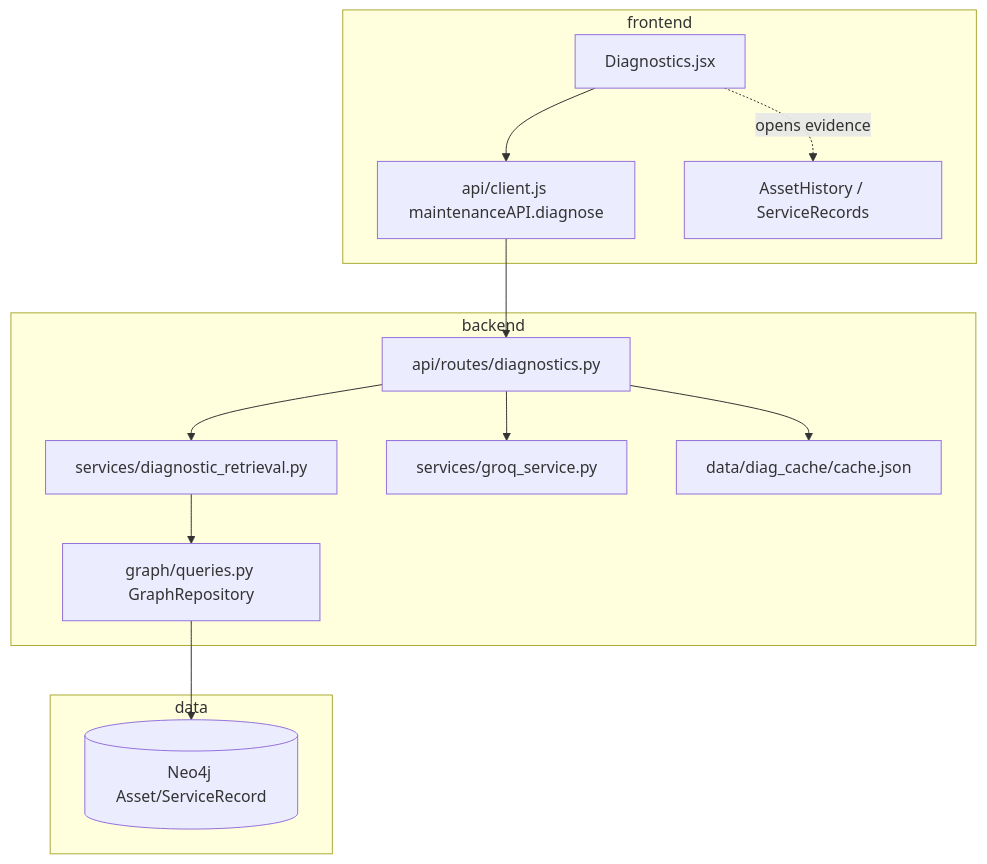
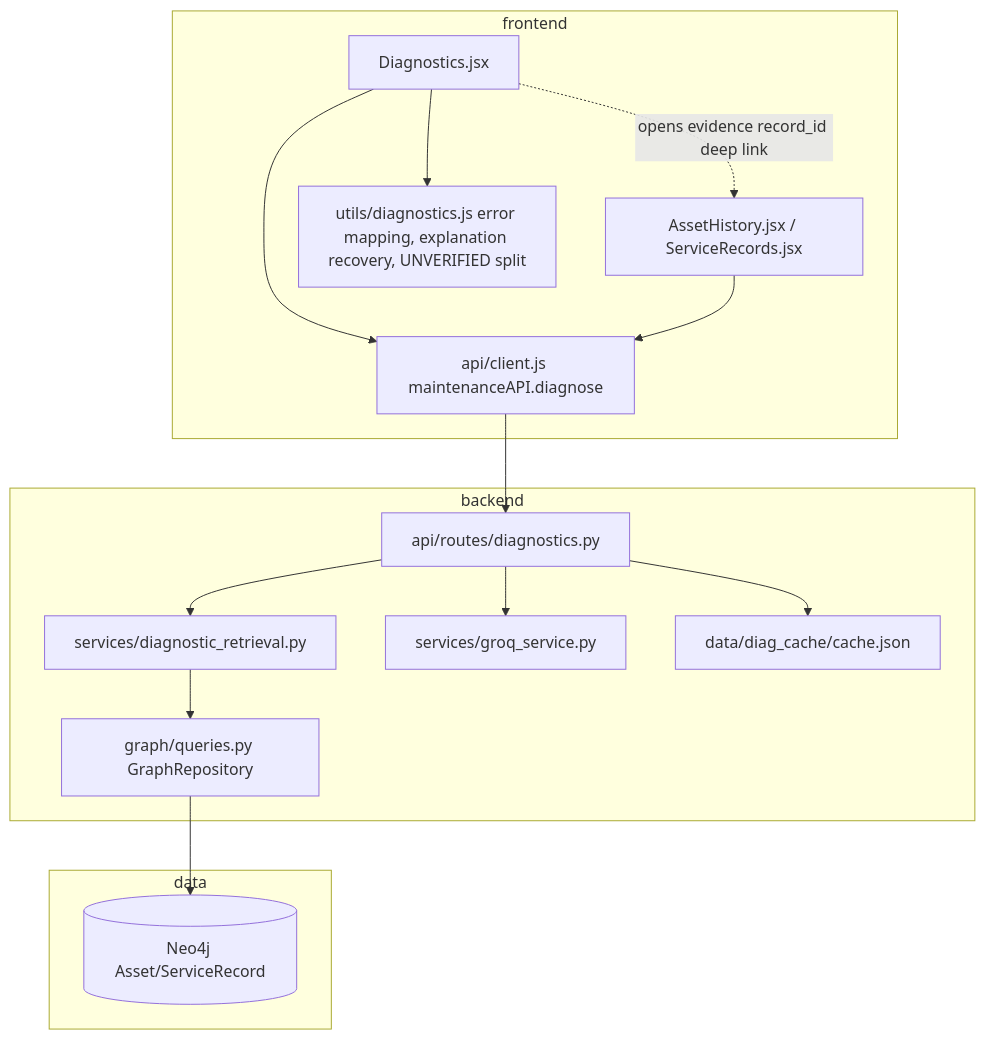
One commit to umaritics/halite changed the diagram in knowledge/flows/FLOW-diagnose.md. Above: the diagram before and after it, drawn with Mermaid. The commit also changed 1 other file, not shown here.

Commit message:
docs(knowledge): keep flow dependency graphs in sync with the frontend code
OWNER: Shahmeer
SCOPE: knowledge/flows only
.cursor/rules/halite-flows-docs.mdc: every flow keeps a Mermaid dependency graph in
sync with real imports/routes. Adds the edges that exist in the code and were only
described in prose:
- FLOW-diagnose: Diagnostics.jsx -> utils/diagnostics.js; AssetHistory/ServiceRecords -> client.js;
  the evidence record_id deep link.
- FLOW-conflict-review: AssetHistory.jsx -> client.js; ReviewQueue -> AssetHistory link (by asset
  uuid); ReviewQueue -> utils; maintenance.py node lists the routes the page calls.
- FLOW-conflict-review: note that history shows status/confidence/JASC/source as returned and
  has no superseded-by field.
Additive only; nothing of Umar's or Usman's content removed.

TEST COMMANDS: Mermaid fence balance check
RESULTS: both flows have one balanced mermaid block
CONTRACT CHANGE: none

````diff
--- a/knowledge/flows/FLOW-diagnose.md
+++ b/knowledge/flows/FLOW-diagnose.md
@@ -52,24 +52,27 @@
 ```mermaid
 flowchart TB
   subgraph frontend
     D[Diagnostics.jsx]
     C[api/client.js maintenanceAPI.diagnose]
-    H[AssetHistory / ServiceRecords]
+    H[AssetHistory.jsx / ServiceRecords.jsx]
+    U[utils/diagnostics.js error mapping, explanation recovery, UNVERIFIED split]
   end
   subgraph backend
     R[api/routes/diagnostics.py]
     RET[services/diagnostic_retrieval.py]
     G[services/groq_service.py]
     CACHE[data/diag_cache/cache.json]
     QR[graph/queries.py GraphRepository]
   end
   subgraph data
     N[(Neo4j Asset/ServiceRecord)]
   end
   D --> C --> R
   R --> RET
   R --> G
   R --> CACHE
   RET --> QR --> N
-  D -. opens evidence .-> H
+  D -. opens evidence record_id deep link .-> H
+  D --> U
+  H --> C
 ```
````
